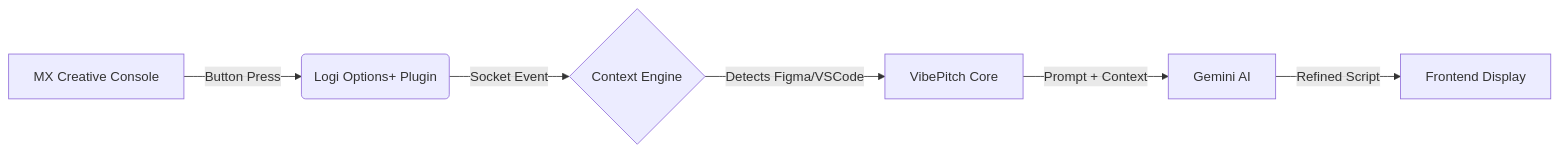
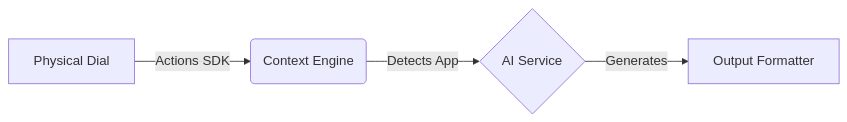
One commit to deepakbajaj12/VibePitch-AI changed the diagram in README.md. Above: the diagram before and after it, drawn with Mermaid. The commit also changed other lines of this file, not shown here.

````diff
--- a/README.md
+++ b/README.md
@@ -33,8 +31,6 @@
 ```mermaid
 graph LR
-    A[MX Creative Console] --"Button Press"--> B(Logi Options+ Plugin)
-    B --"Socket Event"--> C{Context Engine}
-    C --"Detects Figma/VSCode"--> D[VibePitch Core]
-    D --"Prompt + Context"--> E[Gemini AI]
-    E --"Refined Script"--> F[Frontend Display]
+    A[Physical Dial] --"Actions SDK"--> B(Context Engine)
+    B --"Detects App"--> C{AI Service}
+    C --"Generates"--> D[Output Formatter]
 ```
````
